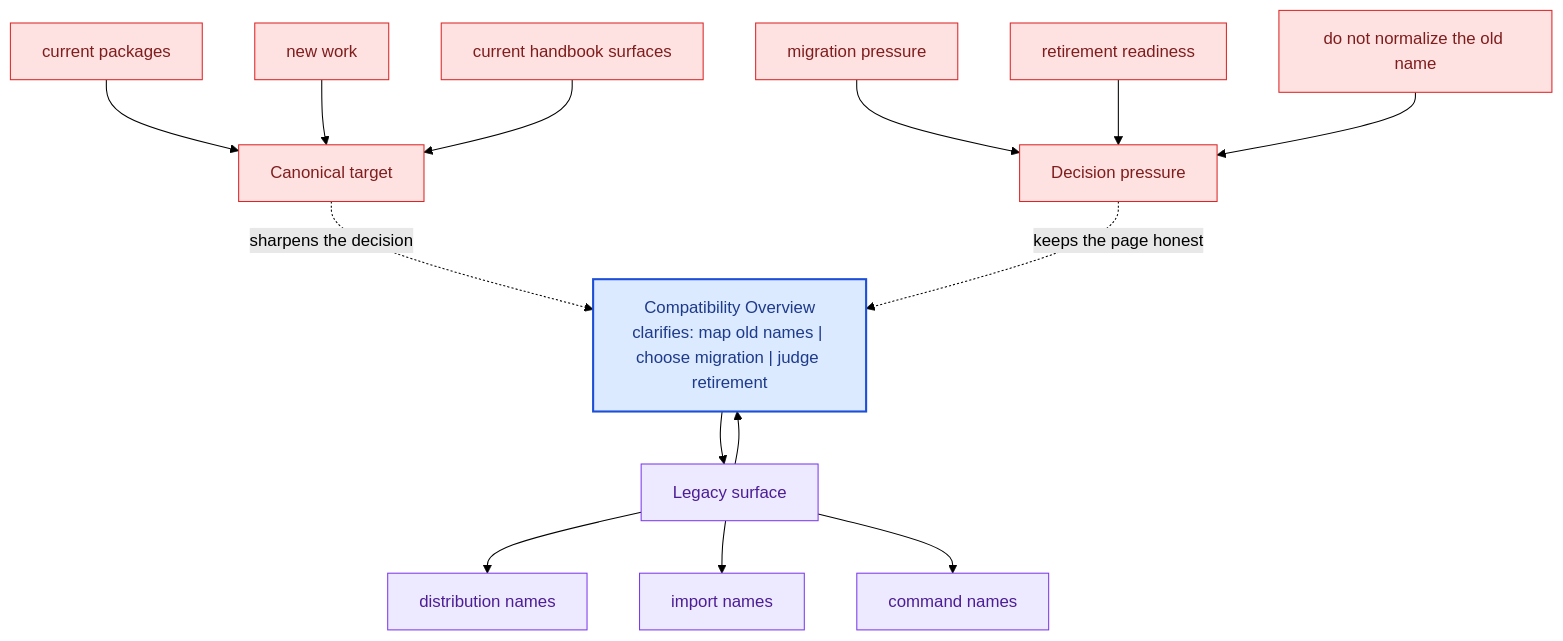
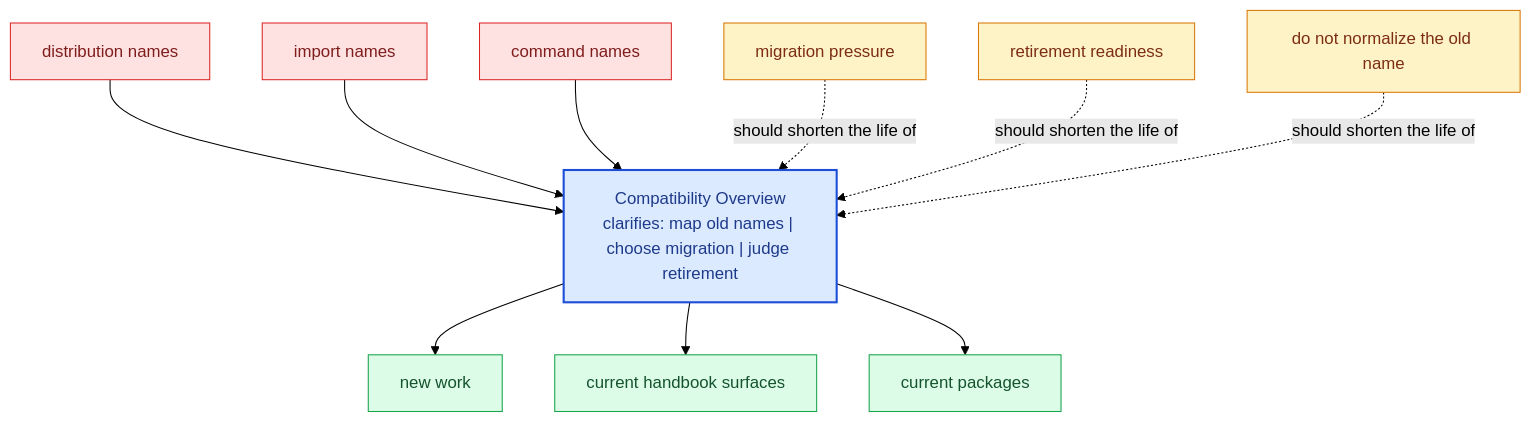
Before and after one commit to bijux/bijux-canon: the diagram in docs/compat-packages/compatibility-overview.md, drawn with Mermaid (forest theme). The commit also changed other lines of this file and 281 other files, not shown here.

Commit message:
docs(diagrams): replace repeated mermaid scaffolds with page-specific summaries

````diff
--- a/docs/compat-packages/compatibility-overview.md
+++ b/docs/compat-packages/compatibility-overview.md
@@ -68,40 +23,31 @@
 ```mermaid
 flowchart TB
-    promise["Compatibility Overview<br/>clarifies: map old names | choose migration | judge retirement"]
-    classDef promise fill:#dbeafe,stroke:#1d4ed8,color:#1e3a8a,stroke-width:2px;
-    classDef driver fill:#dcfce7,stroke:#16a34a,color:#14532d;
-    classDef constraint fill:#fee2e2,stroke:#dc2626,color:#7f1d1d;
-    classDef ground fill:#ede9fe,stroke:#7c3aed,color:#4c1d95;
-    focus1["Legacy surface"]
-    focus1 --> promise
-    promise --> focus1
-    focus1_1["distribution names"]
-    focus1 --> focus1_1
-    focus1_2["import names"]
-    focus1 --> focus1_2
-    focus1_3["command names"]
-    focus1 --> focus1_3
-    class focus1 ground;
-    class focus1_1,focus1_2,focus1_3 ground;
-    focus2["Canonical target"]
-    focus2 -.sharpens the decision.-> promise
-    focus2_1["current packages"]
-    focus2_1 --> focus2
-    focus2_2["new work"]
-    focus2_2 --> focus2
-    focus2_3["current handbook surfaces"]
-    focus2_3 --> focus2
-    class focus2 constraint;
-    class focus2_1,focus2_2,focus2_3 constraint;
-    focus3["Decision pressure"]
-    focus3 -.keeps the page honest.-> promise
-    focus3_1["migration pressure"]
-    focus3_1 --> focus3
-    focus3_2["retirement readiness"]
-    focus3_2 --> focus3
-    focus3_3["do not normalize the old name"]
-    focus3_3 --> focus3
-    class focus3 constraint;
-    class focus3_1,focus3_2,focus3_3 constraint;
-    class promise promise;
+    page["Compatibility Overview<br/>clarifies: map old names | choose migration | judge retirement"]
+    classDef page fill:#dbeafe,stroke:#1d4ed8,color:#1e3a8a,stroke-width:2px;
+    classDef positive fill:#dcfce7,stroke:#16a34a,color:#14532d;
+    classDef caution fill:#fee2e2,stroke:#dc2626,color:#7f1d1d;
+    classDef anchor fill:#ede9fe,stroke:#7c3aed,color:#4c1d95;
+    classDef action fill:#fef3c7,stroke:#d97706,color:#7c2d12;
+    legacy1["distribution names"]
+    legacy1 --> page
+    legacy2["import names"]
+    legacy2 --> page
+    legacy3["command names"]
+    legacy3 --> page
+    canon1["new work"]
+    page --> canon1
+    canon2["current handbook surfaces"]
+    page --> canon2
+    canon3["current packages"]
+    page --> canon3
+    pressure1["migration pressure"]
+    pressure1 -.should shorten the life of.-> page
+    pressure2["retirement readiness"]
+    pressure2 -.should shorten the life of.-> page
+    pressure3["do not normalize the old name"]
+    pressure3 -.should shorten the life of.-> page
+    class page page;
+    class legacy1,legacy2,legacy3 caution;
+    class canon1,canon2,canon3 positive;
+    class pressure1,pressure2,pressure3 action;
 ```
````
